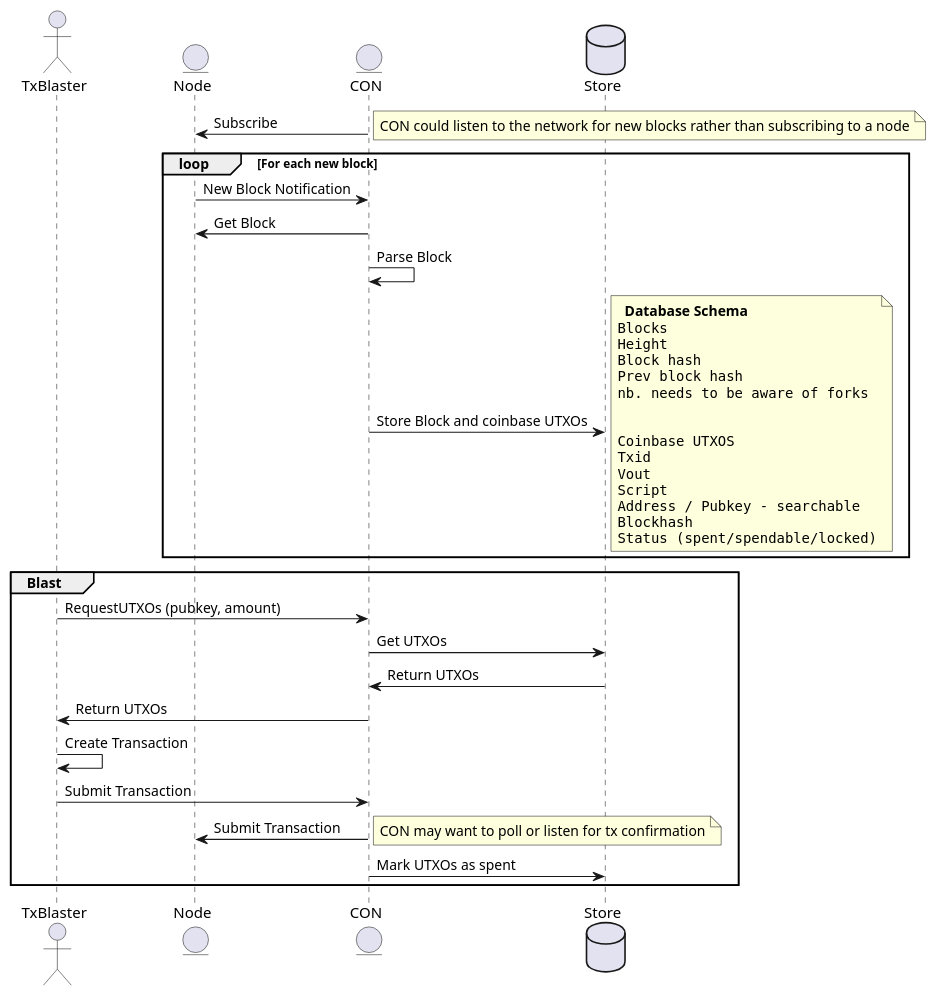
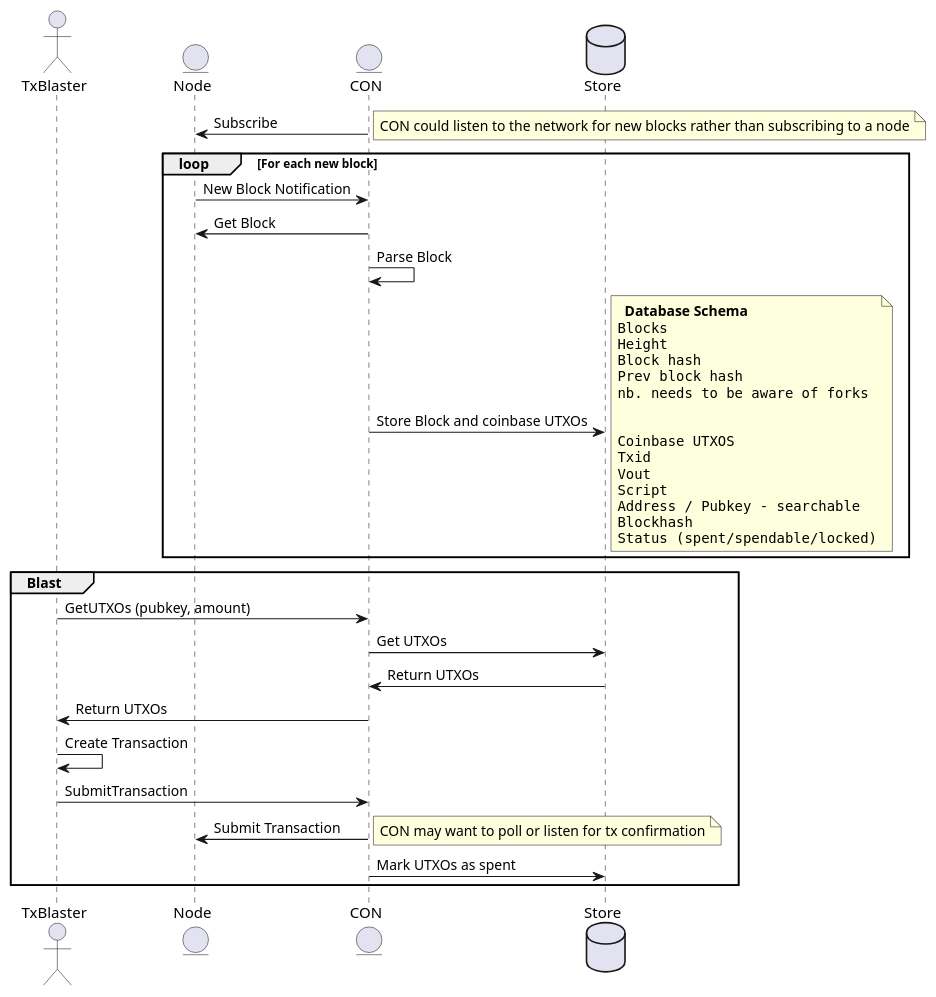
Before and after one commit to freemans13/teranode: the diagram in docs/conSequence.puml, drawn with PlantUML. The commit also changed 2 other files, not shown here.

```diff
--- a/docs/conSequence.puml
+++ b/docs/conSequence.puml
@@ -1,58 +1,58 @@
 @startuml Coinbase Overlay Node Service
 
 actor TxBlaster
 entity Node
 entity CON
 database Store
 
 CON -> Node: Subscribe
 note right
   CON could listen to the network for new blocks rather than subscribing to a node
 end note
 
 loop For each new block
   Node -> CON: New Block Notification
   CON -> Node: Get Block
   CON -> CON: Parse Block
   CON -> Store: Store Block and coinbase UTXOs
 note right
   <b>Database Schema</b>
 <code>
 Blocks
 Height
 Block hash
 Prev block hash
 nb. needs to be aware of forks
 
 
 Coinbase UTXOS
 Txid
 Vout 
 Script
 Address / Pubkey - searchable
 Blockhash
 Status (spent/spendable/locked)
 </code>
 end note
 end
 
 group Blast
-TxBlaster -> CON: RequestUTXOs (pubkey, amount)
+TxBlaster -> CON: GetUTXOs (pubkey, amount)
 CON -> Store: Get UTXOs
 Store -> CON: Return UTXOs
 CON -> TxBlaster: Return UTXOs
 
 TxBlaster -> TxBlaster: Create Transaction
 
-TxBlaster -> CON: Submit Transaction
+TxBlaster -> CON: SubmitTransaction
 CON -> Node: Submit Transaction
 note right
   CON may want to poll or listen for tx confirmation
 end note
 CON -> Store: Mark UTXOs as spent
 end
 
 
 
 
 @enduml
```
